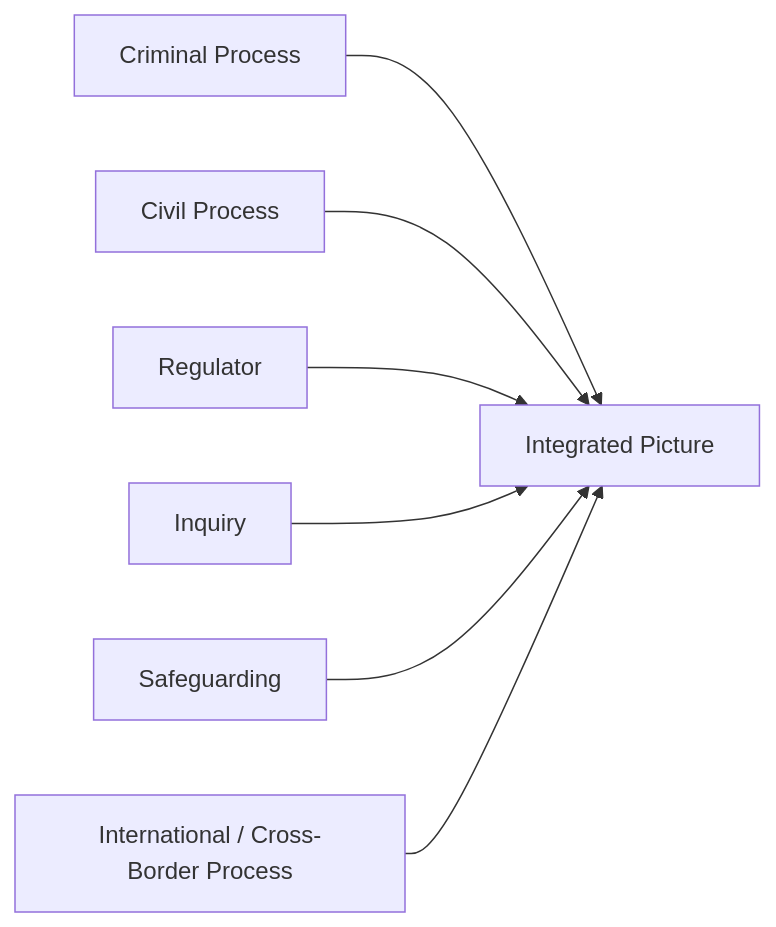
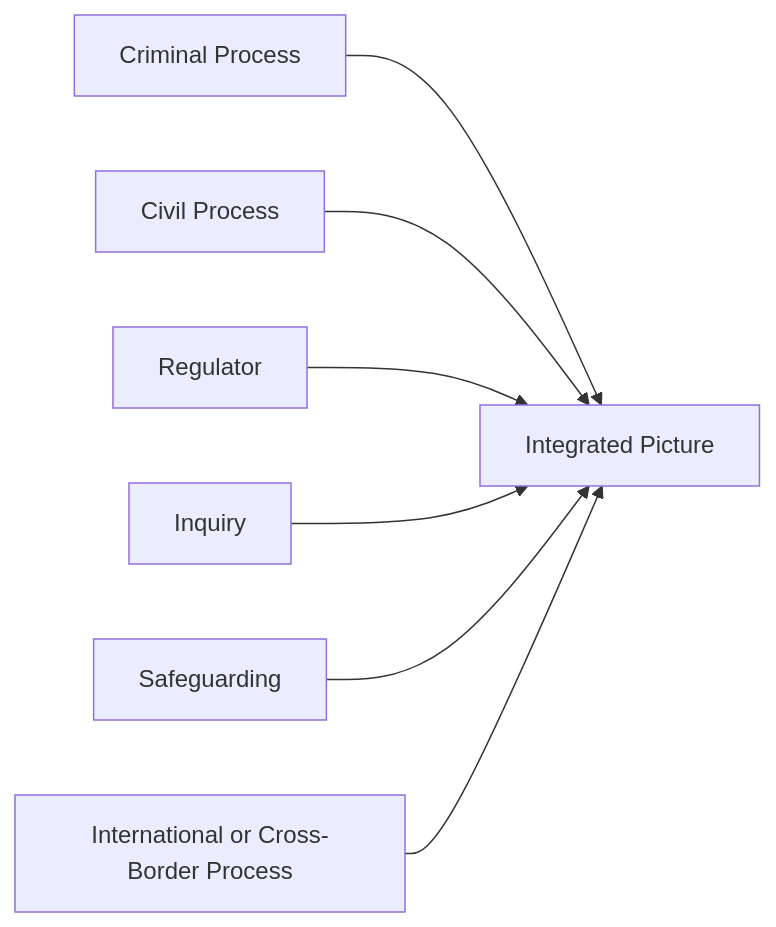
The third of 5 diagrams in 🌑_1_Origin_Points/🪿_Embodied_Information_Ecology/♻️_Cybernetics/👑_Ownership_Control/✈️_genocides_and_paedophiles.md (josefsbreakfast/Polaris-Protocol), drawn with Mermaid before and after one commit. The commit also changed other lines of this file, not shown here.

````diff
--- a/🌑_1_Origin_Points/🪿_Embodied_Information_Ecology/♻️_Cybernetics/👑_Ownership_Control/✈️_genocides_and_paedophiles.md
+++ b/🌑_1_Origin_Points/🪿_Embodied_Information_Ecology/♻️_Cybernetics/👑_Ownership_Control/✈️_genocides_and_paedophiles.md
@@ -257,17 +257,17 @@
 ```mermaid
 flowchart LR
     A[Criminal Process]
     B[Civil Process]
     C[Regulator]
     D[Inquiry]
     E[Safeguarding]
-    F[International / Cross-Border Process]
+    F[International or Cross-Border Process]
     G[Integrated Picture]
 
     A --> G
     B --> G
     C --> G
     D --> G
     E --> G
     F --> G
 ```
````
